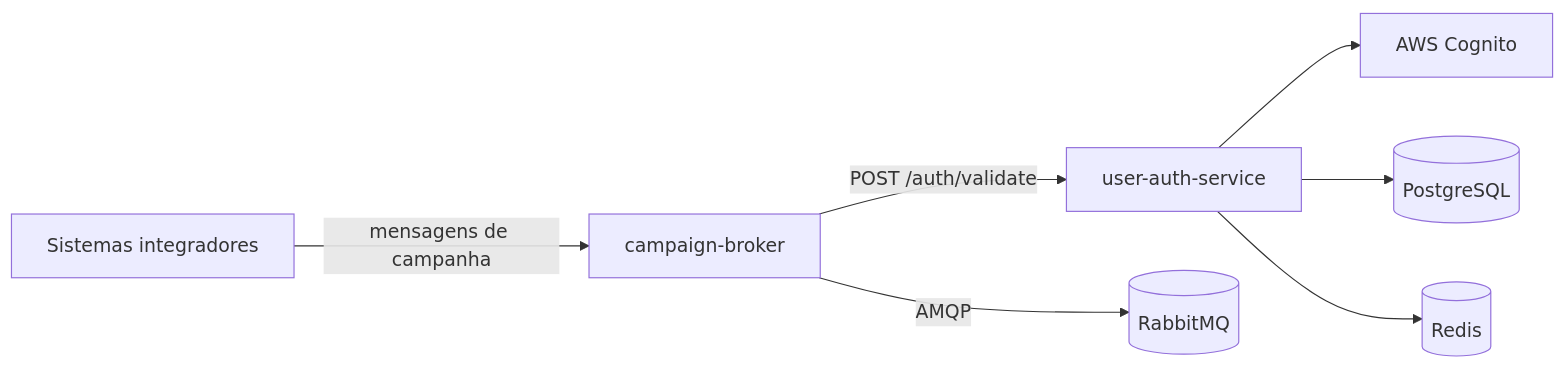
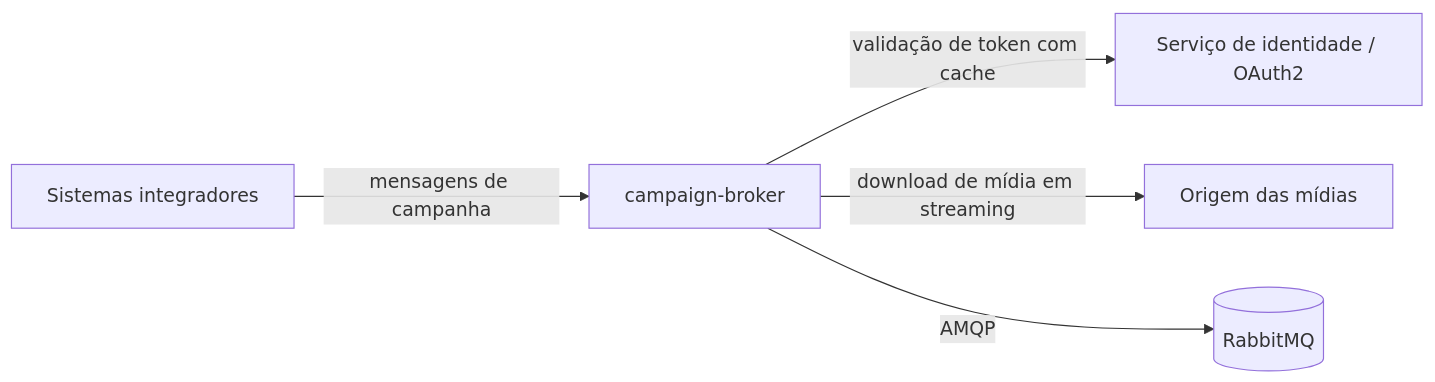
The diagram in README.md (Leonardoongaratto/Leonardoongaratto), drawn with Mermaid before and after one commit. The commit also changed other lines of this file, not shown here.

````diff
--- a/README.md
+++ b/README.md
@@ -11,9 +13,7 @@
 ```mermaid
 flowchart LR
     Client[Sistemas integradores] -->|mensagens de campanha| Broker[campaign-broker]
-    Broker -->|POST /auth/validate| Auth[user-auth-service]
-    Auth --> Cognito[AWS Cognito]
-    Auth --> PG[(PostgreSQL)]
-    Auth --> Redis[(Redis)]
+    Broker -->|validação de token com cache| Auth[Serviço de identidade / OAuth2]
+    Broker -->|download de mídia em streaming| Media[Origem das mídias]
     Broker -->|AMQP| MQ[(RabbitMQ)]
 ```
````
